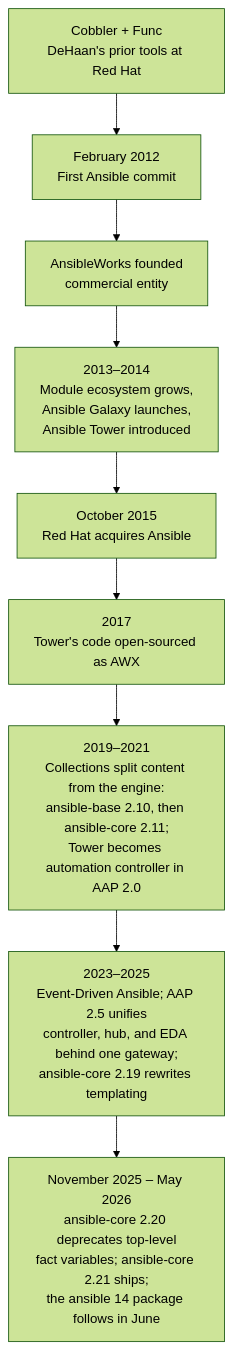
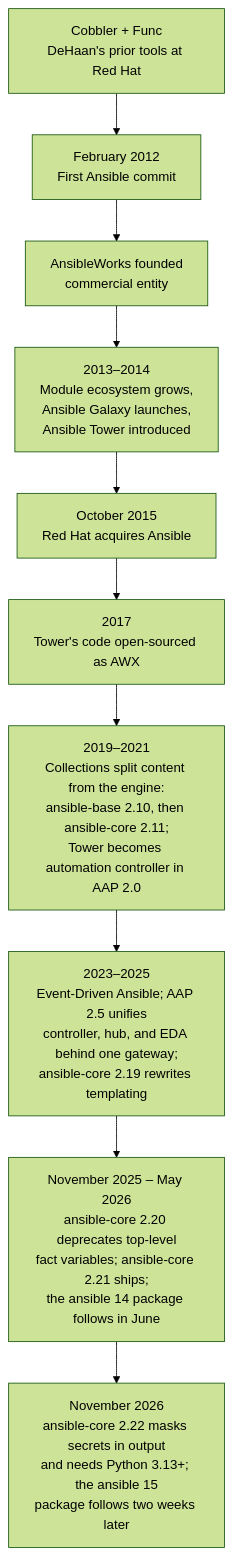
The diagram in docs/ansible/getting-started/00-history-and-why-ansible.md (sameeralam3127/compute-central-docs), drawn with Mermaid (forest theme) before and after one commit. The commit also changed other lines of this file and 10 other files, not shown here.

````diff
--- a/docs/ansible/getting-started/00-history-and-why-ansible.md
+++ b/docs/ansible/getting-started/00-history-and-why-ansible.md
@@ -69,11 +79,12 @@
 ```mermaid
 flowchart TD
     A["Cobbler + Func\nDeHaan's prior tools at Red Hat"] --> B["February 2012\nFirst Ansible commit"]
     B --> C["AnsibleWorks founded\ncommercial entity"]
     C --> D["2013–2014\nModule ecosystem grows,\nAnsible Galaxy launches,\nAnsible Tower introduced"]
     D --> E["October 2015\nRed Hat acquires Ansible"]
     E --> F["2017\nTower's code open-sourced as AWX"]
     F --> G["2019–2021\nCollections split content from the engine:\nansible-base 2.10, then ansible-core 2.11;\nTower becomes automation controller in AAP 2.0"]
     G --> H["2023–2025\nEvent-Driven Ansible; AAP 2.5 unifies\ncontroller, hub, and EDA behind one gateway;\nansible-core 2.19 rewrites templating"]
     H --> I["November 2025 – May 2026\nansible-core 2.20 deprecates top-level\nfact variables; ansible-core 2.21 ships;\nthe ansible 14 package follows in June"]
+    I --> J["November 2026\nansible-core 2.22 masks secrets in output\nand needs Python 3.13+; the ansible 15\npackage follows two weeks later"]
 ```
````
